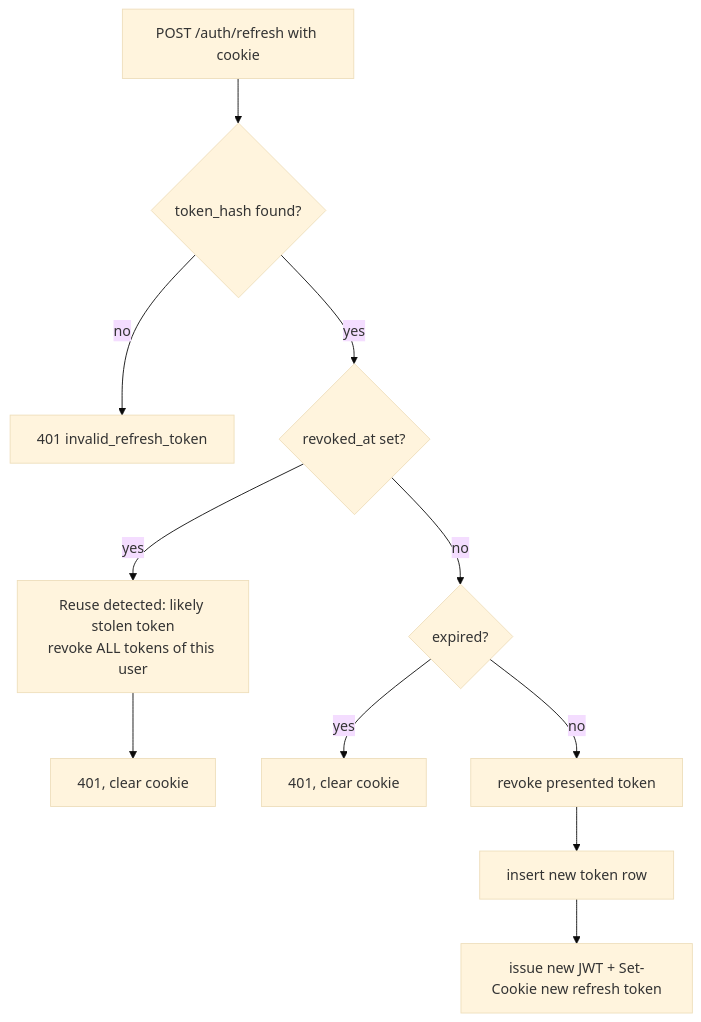
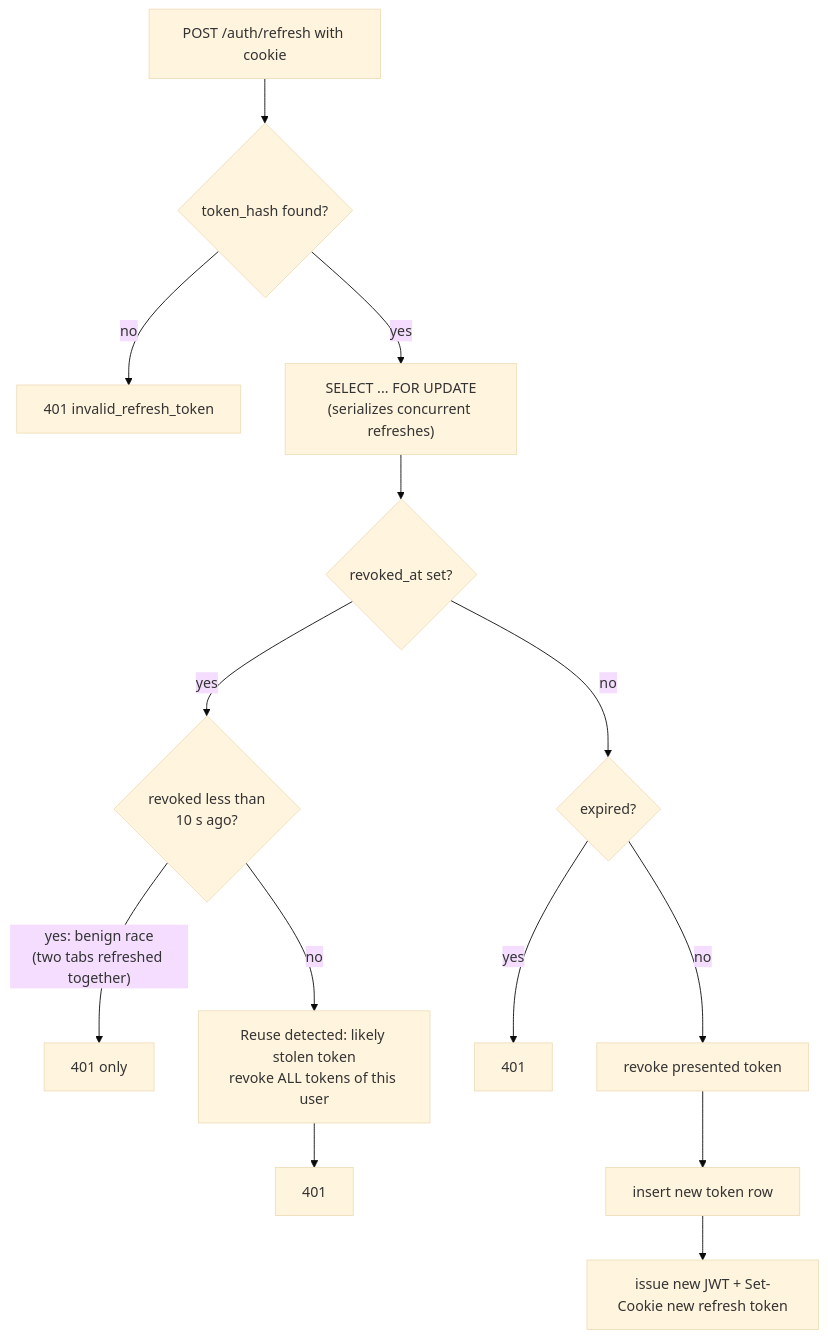
The seventh of 10 diagrams in docs/diagrams.md (shravanchk/chatgpt-clone), drawn with Mermaid (base theme) before and after one commit. The commit also changed other lines of this file and 2 other files, not shown here.

Commit message:
docs: auth design, testing approach, re-auth diagram and new config

````diff
--- a/docs/diagrams.md
+++ b/docs/diagrams.md
@@ -199,12 +231,14 @@
 ```mermaid
 flowchart TD
     A[POST /auth/refresh with cookie] --> B{token_hash found?}
     B -- no --> X1[401 invalid_refresh_token]
-    B -- yes --> C{revoked_at set?}
-    C -- yes --> R["Reuse detected: likely stolen token<br/>revoke ALL tokens of this user"] --> X2[401, clear cookie]
+    B -- yes --> L["SELECT ... FOR UPDATE<br/>(serializes concurrent refreshes)"] --> C{revoked_at set?}
+    C -- yes --> W{"revoked less than<br/>10 s ago?"}
+    W -- "yes: benign race<br/>(two tabs refreshed together)" --> X4[401 only]
+    W -- no --> R["Reuse detected: likely stolen token<br/>revoke ALL tokens of this user"] --> X2[401]
     C -- no --> D{expired?}
-    D -- yes --> X3[401, clear cookie]
+    D -- yes --> X3[401]
     D -- no --> E[revoke presented token]
     E --> F[insert new token row]
     F --> G[issue new JWT + Set-Cookie new refresh token]
 ```
````
